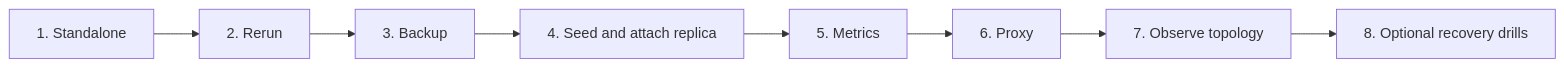
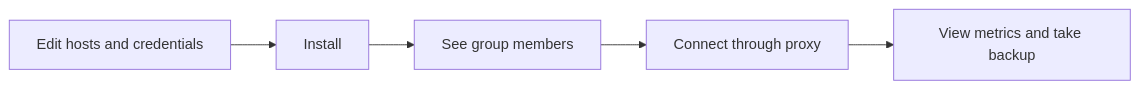
One commit to OT-OSM/percona_server changed the diagram in docs/lab-tasks.md. Above: the diagram before and after it, drawn with Mermaid. The commit also changed other lines of this file and 159 other files, not shown here.

````diff
--- a/docs/lab-tasks.md
+++ b/docs/lab-tasks.md
@@ -5,10 +3,7 @@
 ```mermaid
 flowchart LR
-  S[1. Standalone] --> I[2. Rerun]
-  I --> B[3. Backup]
-  B --> R[4. Seed and attach replica]
-  R --> M[5. Metrics]
-  M --> P[6. Proxy]
-  P --> O[7. Observe topology]
-  O --> F[8. Optional recovery drills]
+  A[Edit hosts and credentials] --> B[Install]
+  B --> C[See group members]
+  C --> D[Connect through proxy]
+  D --> E[View metrics and take backup]
 ```
````
